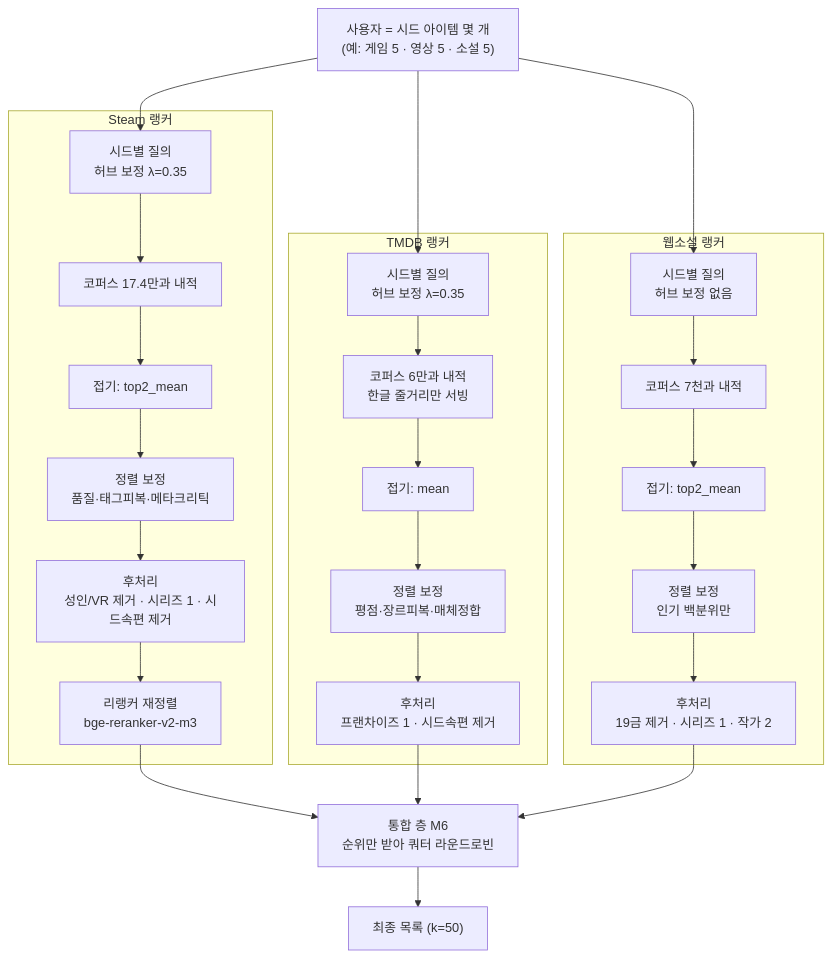
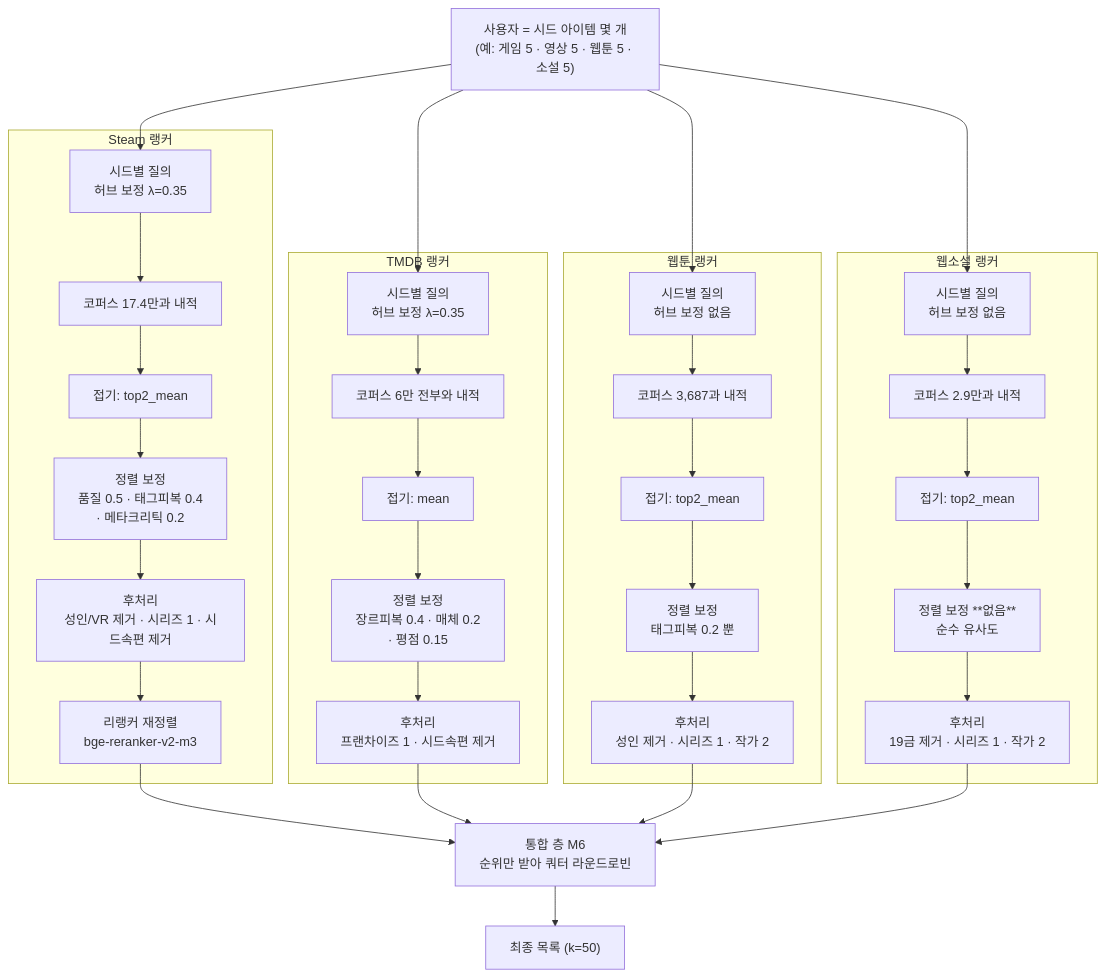
One commit to AOD-All-of-Dopamine/-AOD-All-of-Dopamine-AI changed the first of 6 diagrams in recommendation/OVERVIEW.md. Above: the diagram before and after it, drawn with Mermaid. The commit also changed other lines of this file, not shown here.

````diff
--- a/recommendation/OVERVIEW.md
+++ b/recommendation/OVERVIEW.md
@@ -17,34 +26,43 @@
 ```mermaid
 flowchart TB
-    U["사용자 = 시드 아이템 몇 개<br/>(예: 게임 5 · 영상 5 · 소설 5)"]
+    U["사용자 = 시드 아이템 몇 개<br/>(예: 게임 5 · 영상 5 · 웹툰 5 · 소설 5)"]
 
     subgraph S["Steam 랭커"]
         S1["시드별 질의<br/>허브 보정 λ=0.35"] --> S2["코퍼스 17.4만과 내적"]
         S2 --> S3["접기: top2_mean"]
-        S3 --> S4["정렬 보정<br/>품질·태그피복·메타크리틱"]
+        S3 --> S4["정렬 보정<br/>품질 0.5 · 태그피복 0.4<br/>· 메타크리틱 0.2"]
         S4 --> S5["후처리<br/>성인/VR 제거 · 시리즈 1 · 시드속편 제거"]
         S5 --> S6["리랭커 재정렬<br/>bge-reranker-v2-m3"]
     end
 
     subgraph T["TMDB 랭커"]
-        T1["시드별 질의<br/>허브 보정 λ=0.35"] --> T2["코퍼스 6만과 내적<br/>한글 줄거리만 서빙"]
+        T1["시드별 질의<br/>허브 보정 λ=0.35"] --> T2["코퍼스 6만 전부와 내적"]
         T2 --> T3["접기: mean"]
-        T3 --> T4["정렬 보정<br/>평점·장르피복·매체정합"]
+        T3 --> T4["정렬 보정<br/>장르피복 0.4 · 매체 0.2<br/>· 평점 0.15"]
         T4 --> T5["후처리<br/>프랜차이즈 1 · 시드속편 제거"]
     end
 
+    subgraph K["웹툰 랭커"]
+        K1["시드별 질의<br/>허브 보정 없음"] --> K2["코퍼스 3,687과 내적"]
+        K2 --> K3["접기: top2_mean"]
+        K3 --> K4["정렬 보정<br/>태그피복 0.2 뿐"]
+        K4 --> K5["후처리<br/>성인 제거 · 시리즈 1 · 작가 2"]
+    end
+
     subgraph W["웹소설 랭커"]
-        W1["시드별 질의<br/>허브 보정 없음"] --> W2["코퍼스 7천과 내적"]
+        W1["시드별 질의<br/>허브 보정 없음"] --> W2["코퍼스 2.9만과 내적"]
         W2 --> W3["접기: top2_mean"]
-        W3 --> W4["정렬 보정<br/>인기 백분위만"]
+        W3 --> W4["정렬 보정 **없음**<br/>순수 유사도"]
         W4 --> W5["후처리<br/>19금 제거 · 시리즈 1 · 작가 2"]
     end
 
     U --> S1
     U --> T1
+    U --> K1
     U --> W1
     S6 --> M["통합 층 M6<br/>순위만 받아 쿼터 라운드로빈"]
     T5 --> M
+    K5 --> M
     W5 --> M
     M --> OUT["최종 목록 (k=50)"]
 ```
````
